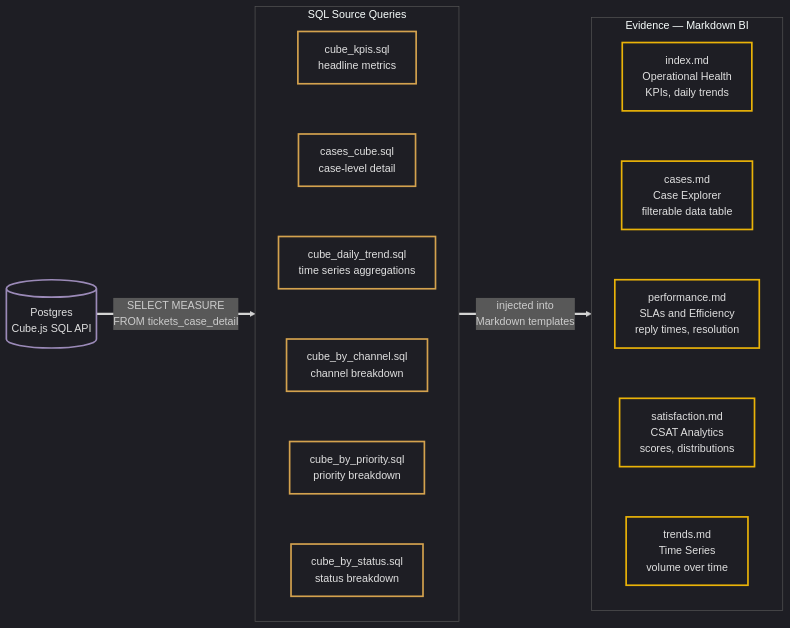
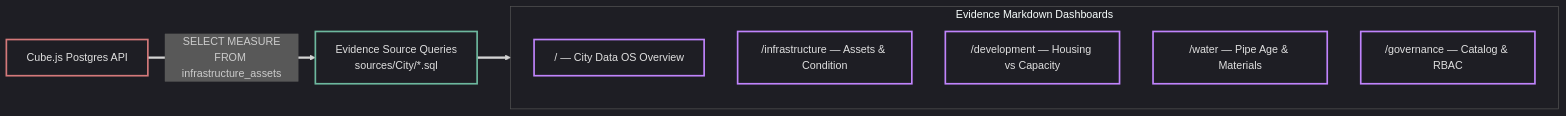
Before and after one commit to MetricForge-Analytics-Inc/MetricForge-City-Foundation: the sixth of 9 diagrams in Documentation/Architecture/system-architecture.md, drawn with Mermaid. The commit also changed other lines of this file and 93 other files, not shown here.

````diff
--- a/Documentation/Architecture/system-architecture.md
+++ b/Documentation/Architecture/system-architecture.md
@@ -324,33 +209,22 @@
 ```mermaid
 %%{init: {'theme': 'dark', 'themeVariables': {'mainBkg': 'transparent', 'nodeBorder': '#555', 'clusterBkg': 'transparent', 'clusterBorder': '#555'}}}%%
 flowchart LR
-    classDef source fill:none,color:#e0e0e0,stroke:#9b8ab8,stroke-width:2.5px
-    classDef query fill:none,color:#e0e0e0,stroke:#d4a24e,stroke-width:2.5px
-    classDef page fill:none,color:#e0e0e0,stroke:#eab308,stroke-width:2.5px
+    classDef semantic fill:none,color:#e0e0e0,stroke:#6db89e,stroke-width:2.5px
+    classDef portal fill:none,color:#e0e0e0,stroke:#c084fc,stroke-width:2.5px
+    classDef config fill:none,color:#e0e0e0,stroke:#d4797a,stroke-width:2.5px
 
-    PG[("Postgres<br/>Cube.js SQL API")]:::source
+    PG["Cube.js Postgres API"]:::config
+    SQL["Evidence Source Queries<br/>sources/City/*.sql"]:::semantic
 
-    subgraph SQL ["SQL Source Queries"]
+    subgraph PAGES ["Evidence Markdown Dashboards"]
         direction TB
-        Q1["cube_kpis.sql<br/>headline metrics"]:::query
-        Q2["cases_cube.sql<br/>case-level detail"]:::query
-        Q3["cube_daily_trend.sql<br/>time series aggregations"]:::query
-        Q4["cube_by_channel.sql<br/>channel breakdown"]:::query
-        Q5["cube_by_priority.sql<br/>priority breakdown"]:::query
-        Q6["cube_by_status.sql<br/>status breakdown"]:::query
-        Q1 ~~~ Q2 ~~~ Q3 ~~~ Q4 ~~~ Q5 ~~~ Q6
+        P1["/ — City Data OS Overview"]:::portal
+        P2["/infrastructure — Assets & Condition"]:::portal
+        P3["/development — Housing vs Capacity"]:::portal
+        P4["/water — Pipe Age & Materials"]:::portal
+        P5["/governance — Catalog & RBAC"]:::portal
     end
 
-    subgraph EVIDENCE ["Evidence — Markdown BI"]
-        direction TB
-        D1["index.md<br/>Operational Health<br/>KPIs, daily trends"]:::page
-        D2["cases.md<br/>Case Explorer<br/>filterable data table"]:::page
-        D3["performance.md<br/>SLAs and Efficiency<br/>reply times, resolution"]:::page
-        D4["satisfaction.md<br/>CSAT Analytics<br/>scores, distributions"]:::page
-        D5["trends.md<br/>Time Series<br/>volume over time"]:::page
-        D1 ~~~ D2 ~~~ D3 ~~~ D4 ~~~ D5
-    end
-
-    PG ==>|"SELECT MEASURE<br/>FROM tickets_case_detail"| SQL
-    SQL ==>|"injected into<br/>Markdown templates"| EVIDENCE
+    PG ==>|"SELECT MEASURE<br/>FROM infrastructure_assets"| SQL
+    SQL ==> PAGES
 ```
````
